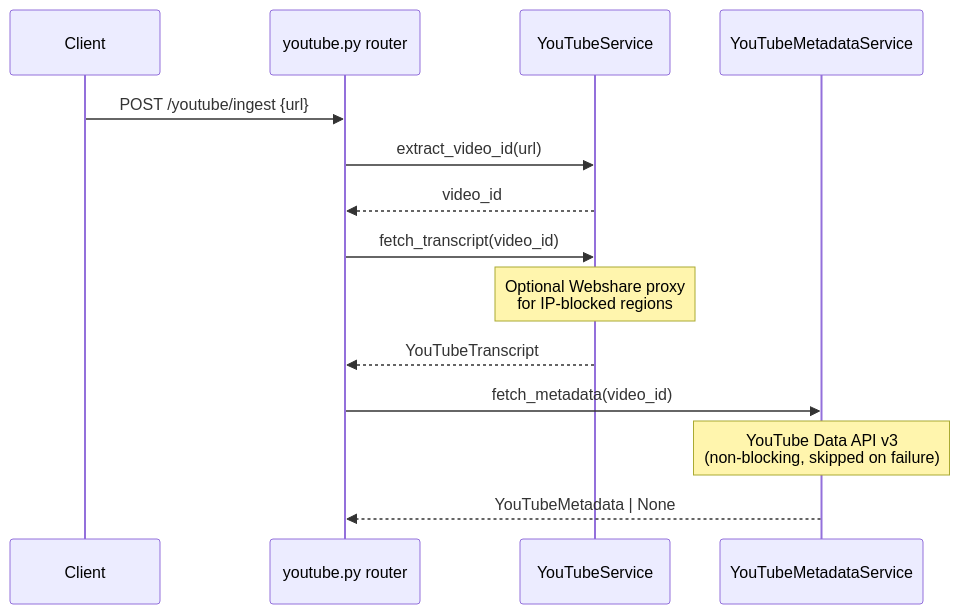
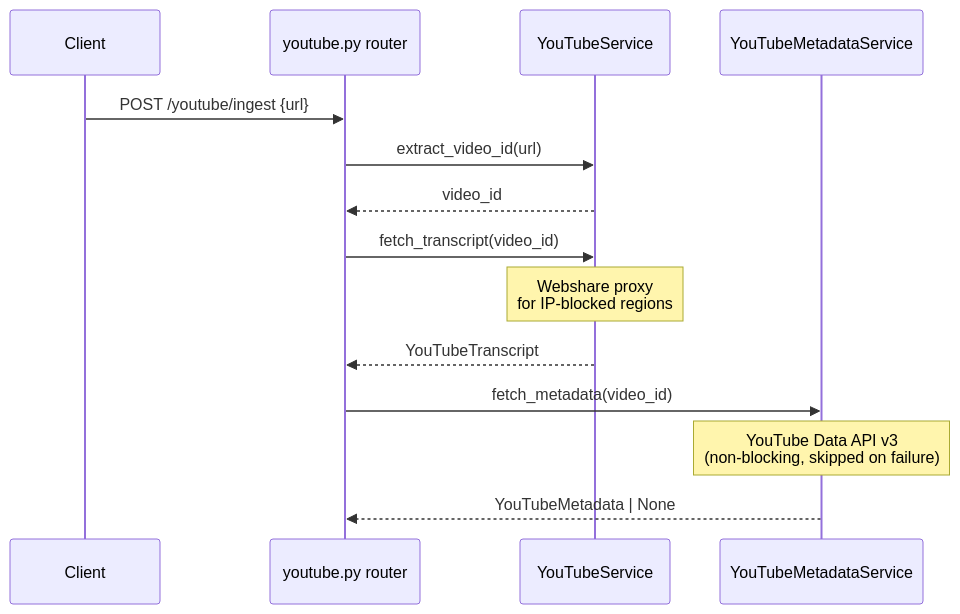
The third of 9 diagrams in docs/ingest-pipeline.md (ilude/menos), drawn with Mermaid before and after one commit. The commit also changed other lines of this file and 8 other files, not shown here.

First line of the commit message:
feat: make Webshare proxy credentials required for startup

````diff
--- a/docs/ingest-pipeline.md
+++ b/docs/ingest-pipeline.md
@@ -95,19 +95,19 @@
 ```mermaid
 sequenceDiagram
     participant Client
     participant Router as youtube.py router
     participant YTSvc as YouTubeService
     participant MetaSvc as YouTubeMetadataService
 
     Client->>Router: POST /youtube/ingest {url}
     Router->>YTSvc: extract_video_id(url)
     YTSvc-->>Router: video_id
 
     Router->>YTSvc: fetch_transcript(video_id)
-    Note over YTSvc: Optional Webshare proxy<br/>for IP-blocked regions
+    Note over YTSvc: Webshare proxy<br/>for IP-blocked regions
     YTSvc-->>Router: YouTubeTranscript
 
     Router->>MetaSvc: fetch_metadata(video_id)
     Note over MetaSvc: YouTube Data API v3<br/>(non-blocking, skipped on failure)
     MetaSvc-->>Router: YouTubeMetadata | None
 ```
````
